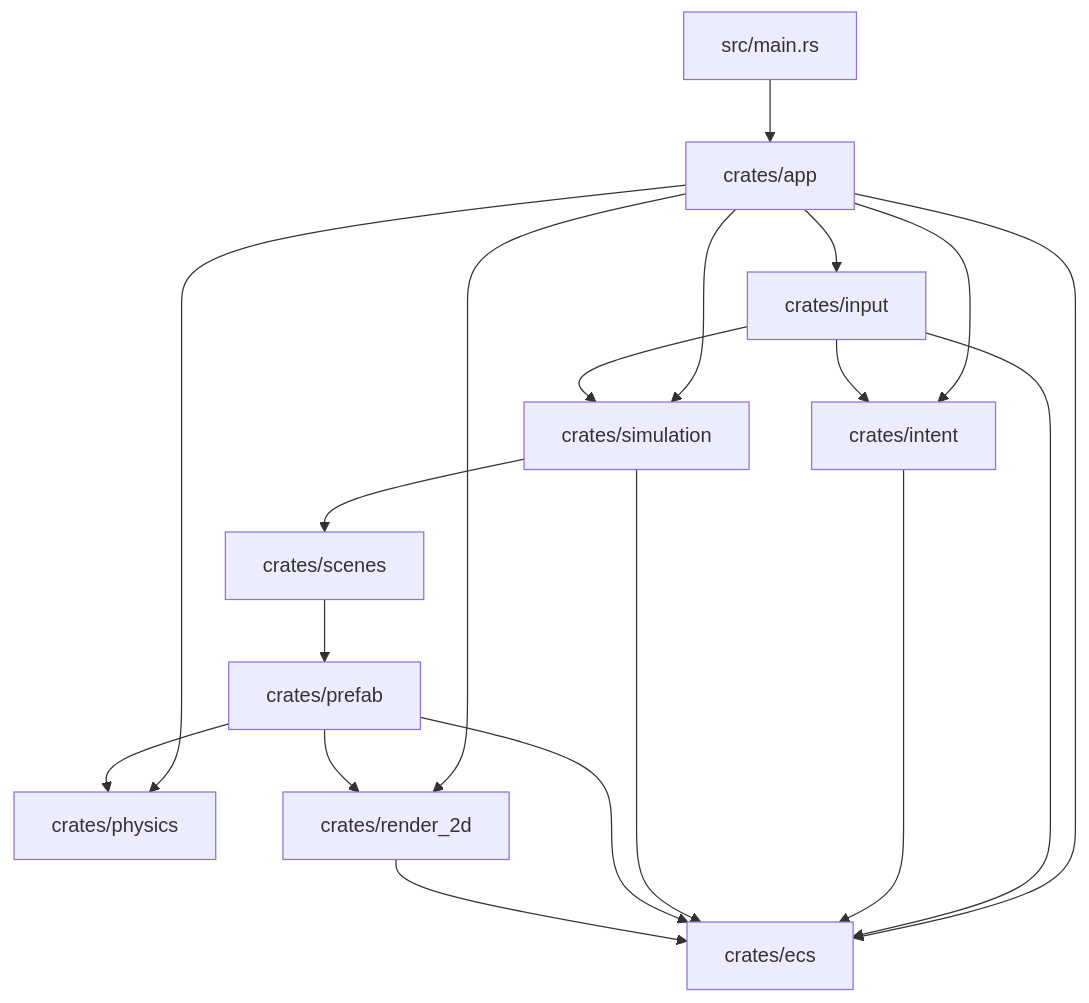
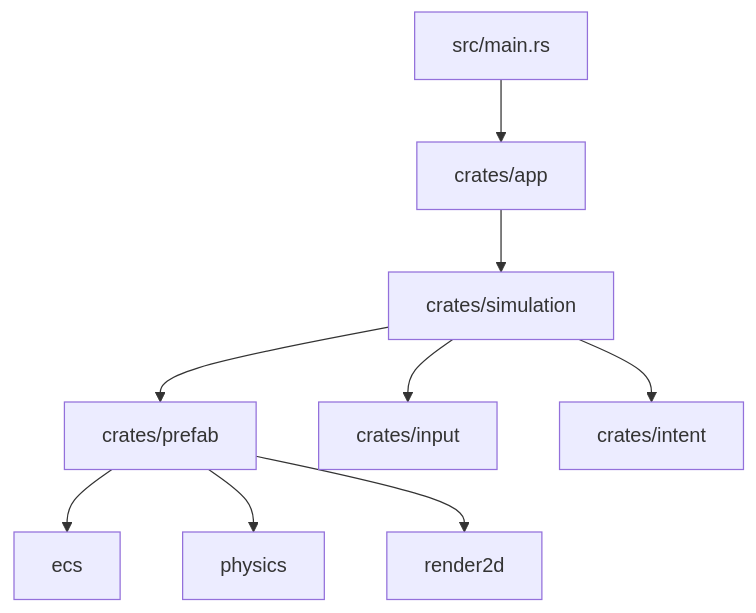
Before and after one commit to atlas-orien/bevy-template: the diagram in README.md, drawn with Mermaid. The commit also changed other lines of this file and 43 other files, not shown here.

````diff
--- a/README.md
+++ b/README.md
@@ -61,27 +55,14 @@
 ```mermaid
 flowchart TD
     main["src/main.rs"] --> app["crates/app"]
 
-    app --> ecs["crates/ecs"]
-    app --> physics["crates/physics"]
     app --> simulation["crates/simulation"]
-    app --> input["crates/input"]
-    app --> intent["crates/intent"]
-    app --> render2d["crates/render_2d"]
 
-    input --> ecs
-    input --> intent
-    input --> simulation
+    simulation --> prefab["crates/prefab"]
+    simulation --> input["crates/input"]
+    simulation --> intent["crates/intent"]
 
-    intent --> ecs
-
-    simulation --> ecs
-    simulation --> scenes["crates/scenes"]
-
-    scenes --> prefab["crates/prefab"]
     prefab --> ecs
     prefab --> physics
     prefab --> render2d
-
-    render2d --> ecs
 ```
````
